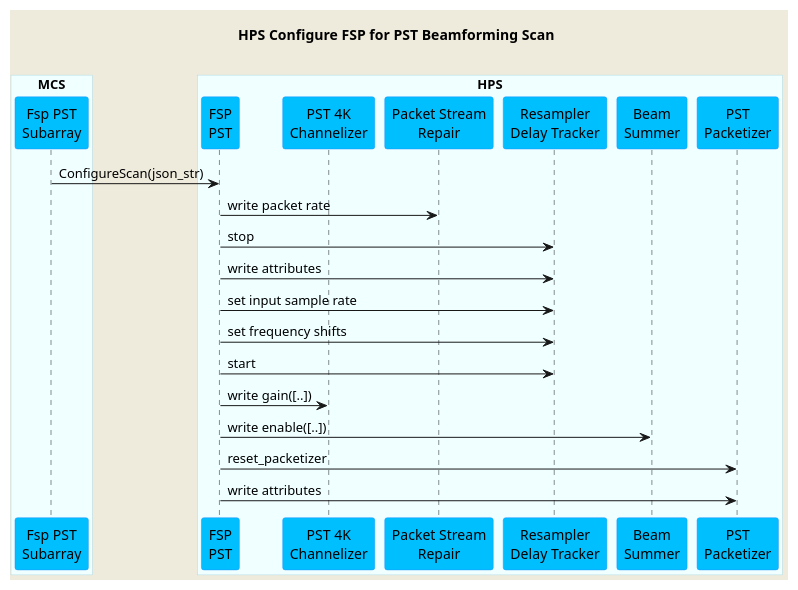
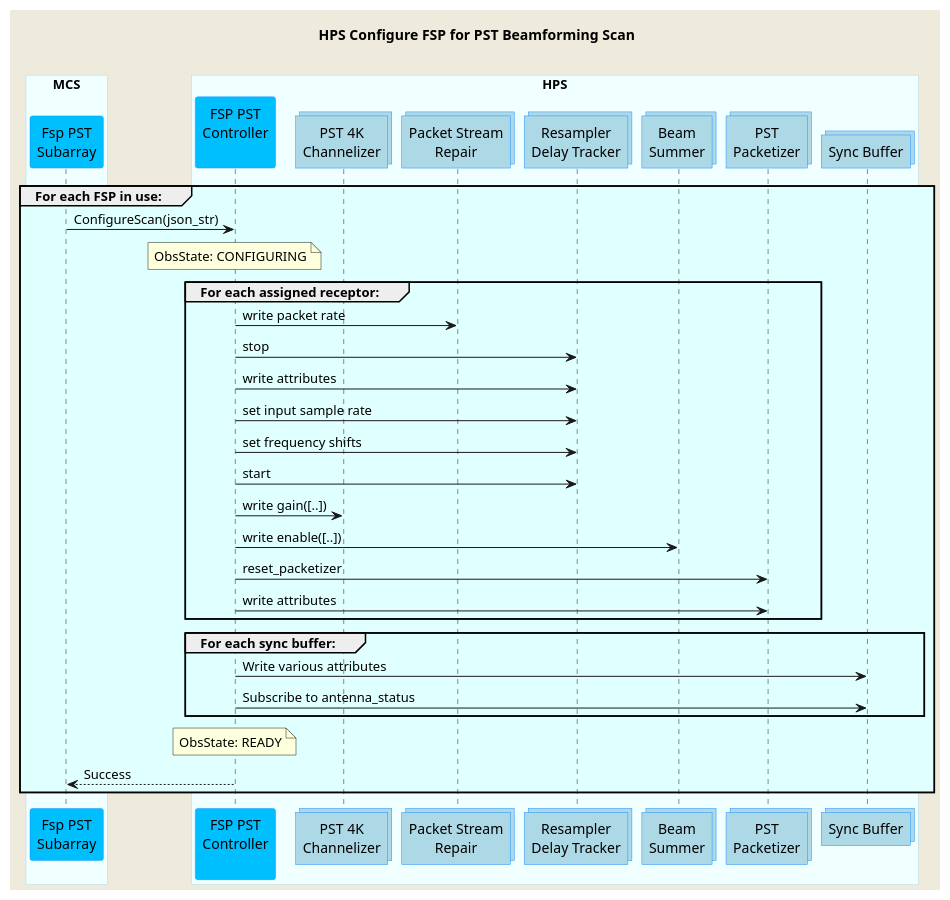
The diagram in docs/src/diagrams/configure-scan-pst-fsp-hps.puml (ska-telescope/mid-cbf-mcs), drawn with PlantUML before and after one commit.

Commit message:
CIP-2849: Updated Configure Scan PST diagram to match the original style.

```diff
--- a/docs/src/diagrams/configure-scan-pst-fsp-hps.puml
+++ b/docs/src/diagrams/configure-scan-pst-fsp-hps.puml
@@ -1,42 +1,60 @@
 @startuml
 'https://plantuml.com/sequence-diagram
 
 skinparam backgroundColor #EEEBDC
 skinparam sequence {
-ParticipantBorderColor DodgerBlue
-ParticipantBackgroundColor DeepSkyBlue
-ActorBorderColor DarkGreen
-ActorBackgroundColor Green
-BoxBorderColor LightBlue
-BoxBackgroundColor #F0FFFF
+    ParticipantBorderColor DodgerBlue
+    ParticipantBackgroundColor DeepSkyBlue
+    ActorBorderColor DarkGreen
+    ActorBackgroundColor Green
+    BoxBorderColor LightBlue
+    BoxBackgroundColor #F0FFFF
+}
+skinparam collections {
+    BackGroundColor LightBlue
+    BorderColor DodgerBlue
 }
 
 title HPS Configure FSP for PST Beamforming Scan\n
 
 box "MCS"
-participant "Fsp PST\nSubarray" as fsppst
+    participant "Fsp PST\nSubarray" as fsppst
 end box
 
 box "HPS"
-participant "FSP\nPST" as hpsfsppst
-participant "PST 4K\nChannelizer" as channelizer
-participant "Packet Stream\nRepair" as psr
-participant "Resampler\nDelay Tracker" as rdt
-participant "Beam\nSummer" as summer
-participant "PST\nPacketizer" as packetizer
-
+    participant "FSP PST\nController\n" as hpsfsppst
+    collections "PST 4K\nChannelizer" as channelizer
+    collections "Packet Stream\nRepair" as psr
+    collections "Resampler\nDelay Tracker" as rdt
+    collections "Beam\nSummer" as summer
+    collections "PST\nPacketizer" as packetizer
+    collections "Sync Buffer" as syncbuffer
 end box
 
-fsppst     -> hpsfsppst   : ConfigureScan(json_str)
-hpsfsppst  -> psr         : write packet rate
-hpsfsppst  -> rdt         : stop
-hpsfsppst  -> rdt         : write attributes
-hpsfsppst  -> rdt         : set input sample rate
-hpsfsppst  -> rdt         : set frequency shifts
-hpsfsppst  -> rdt         : start
-hpsfsppst  -> channelizer : write gain([..])
-hpsfsppst  -> summer      : write enable([..])
-hpsfsppst  -> packetizer  : reset_packetizer
-hpsfsppst  -> packetizer  : write attributes
+group #LightCyan For each FSP in use:
+    fsppst     -> hpsfsppst   : ConfigureScan(json_str)
+    note over hpsfsppst       : ObsState: CONFIGURING
+
+    group #LightCyan For each assigned receptor:
+        hpsfsppst  -> psr         : write packet rate
+        hpsfsppst  -> rdt         : stop
+        hpsfsppst  -> rdt         : write attributes
+        hpsfsppst  -> rdt         : set input sample rate
+        hpsfsppst  -> rdt         : set frequency shifts
+        hpsfsppst  -> rdt         : start
+        hpsfsppst  -> channelizer : write gain([..])
+        hpsfsppst  -> summer      : write enable([..])
+        hpsfsppst  -> packetizer  : reset_packetizer
+        hpsfsppst  -> packetizer  : write attributes
+    end group
+
+    group #LightCyan For each sync buffer:
+        hpsfsppst  -> syncbuffer  : Write various attributes
+        hpsfsppst  -> syncbuffer  : Subscribe to antenna_status
+    end group
+
+    note over hpsfsppst        : ObsState: READY
+    hpsfsppst  --> fsppst     : Success
+end group
 
 @enduml
```
